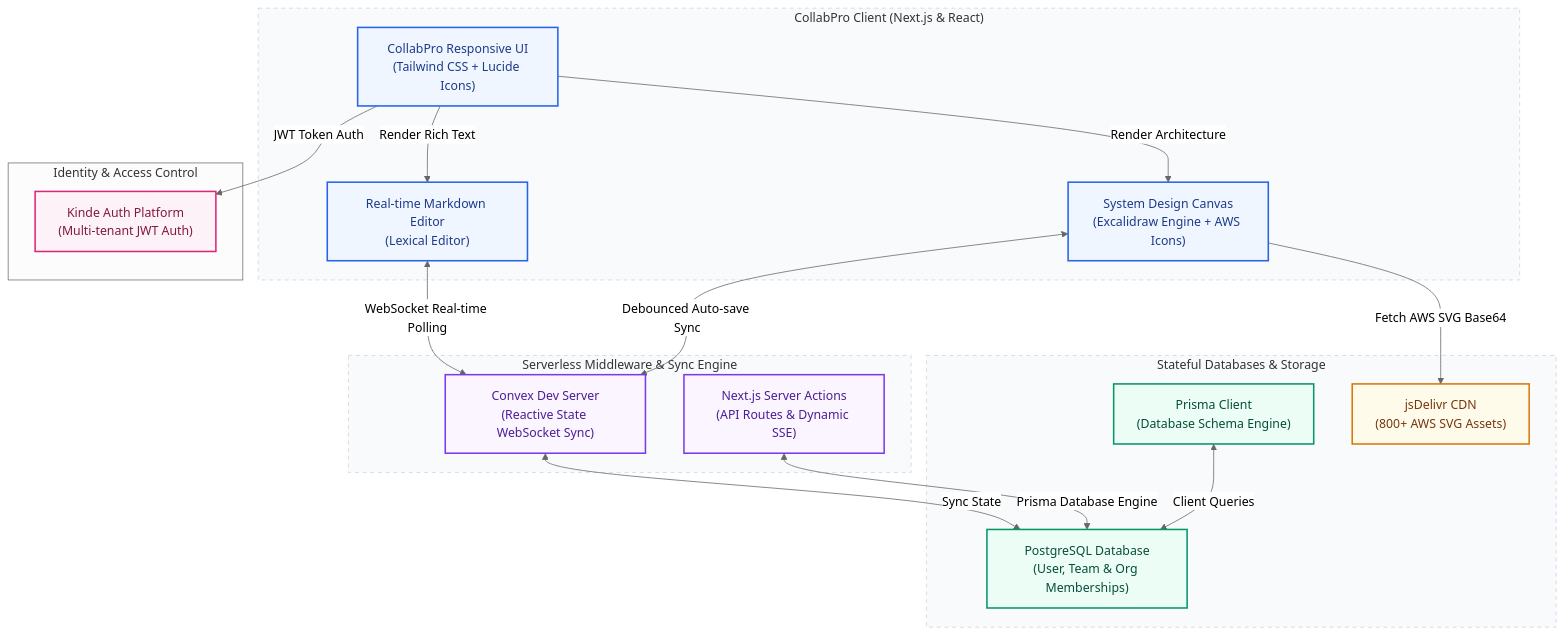
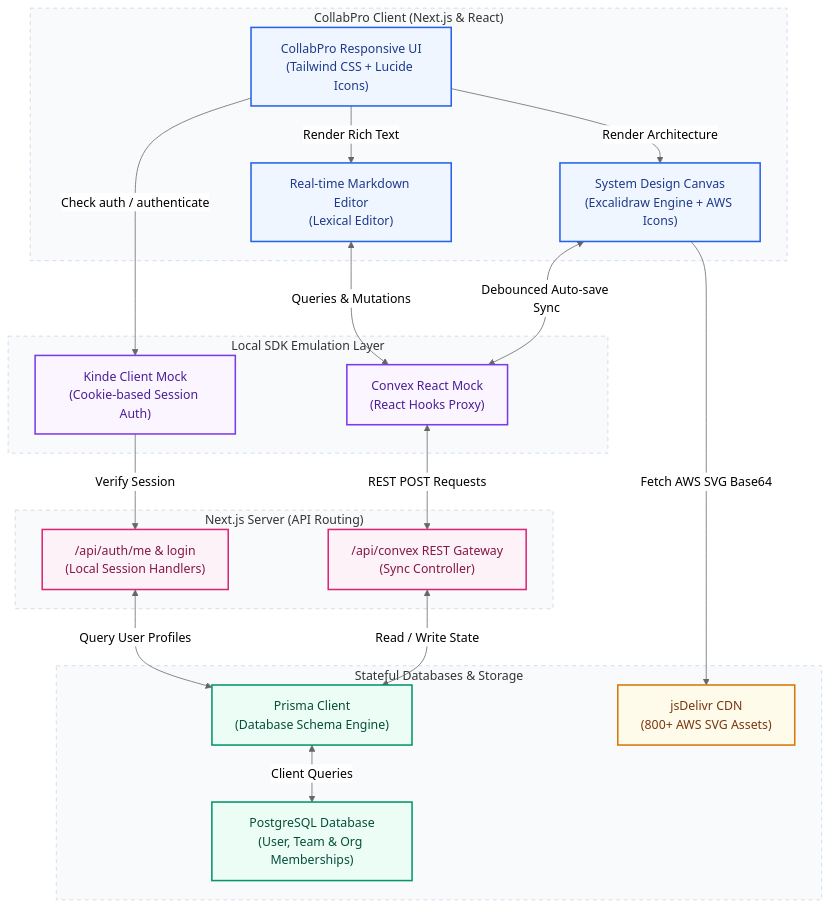
One commit to manish-9245/collabpro changed the diagram in README.md. Above: the diagram before and after it, drawn with Mermaid (neutral theme).

Commit message:
docs: update system architecture Mermaid diagram to reflect local SDK emulation

````diff
--- a/README.md
+++ b/README.md
@@ -42,48 +42,53 @@
 ```mermaid
 graph TD
     %% Define Styles & Classes
     classDef client fill:#eff6ff,stroke:#2563eb,stroke-width:2px,color:#1e3a8a;
-    classDef api fill:#faf5ff,stroke:#7c3aed,stroke-width:2px,color:#4c1d95;
-    classDef auth fill:#fdf2f8,stroke:#db2777,stroke-width:2px,color:#831843;
+    classDef mock fill:#faf5ff,stroke:#7c3aed,stroke-width:2px,color:#4c1d95;
+    classDef server fill:#fdf2f8,stroke:#db2777,stroke-width:2px,color:#831843;
     classDef db fill:#ecfdf5,stroke:#059669,stroke-width:2px,color:#064e3b;
     classDef storage fill:#fffbeb,stroke:#d97706,stroke-width:2px,color:#78350f;
 
     subgraph ClientLayer ["CollabPro Client (Next.js & React)"]
         UI["CollabPro Responsive UI<br/>(Tailwind CSS + Lucide Icons)"]:::client
         EditorComponent["Real-time Markdown Editor<br/>(Lexical Editor)"]:::client
         CanvasComponent["System Design Canvas<br/>(Excalidraw Engine + AWS Icons)"]:::client
     end
 
-    subgraph AuthLayer ["Identity & Access Control"]
-        Kinde["Kinde Auth Platform<br/>(Multi-tenant JWT Auth)"]:::auth
+    subgraph EmulationLayer ["Local SDK Emulation Layer"]
+        KindeMock["Kinde Client Mock<br/>(Cookie-based Session Auth)"]:::mock
+        ConvexMock["Convex React Mock<br/>(React Hooks Proxy)"]:::mock
     end
 
-    subgraph ServerLayer ["Serverless Middleware & Sync Engine"]
-        ConvexAPI["Convex Dev Server<br/>(Reactive State WebSocket Sync)"]:::api
-        NextAPI["Next.js Server Actions<br/>(API Routes & Dynamic SSE)"]:::api
+    subgraph ServerLayer ["Next.js Server (API Routing)"]
+        AuthMeAPI["/api/auth/me & login<br/>(Local Session Handlers)"]:::server
+        ConvexAPI["/api/convex REST Gateway<br/>(Sync Controller)"]:::server
     end
 
     subgraph DataLayer ["Stateful Databases & Storage"]
         PrismaORM["Prisma Client<br/>(Database Schema Engine)"]:::db
         NeonDB["PostgreSQL Database<br/>(User, Team & Org Memberships)"]:::db
         AWS_Icons_List["jsDelivr CDN<br/>(800+ AWS SVG Assets)"]:::storage
     end
 
     %% Flow Connections
-    UI -->|JWT Token Auth| Kinde
+    UI -->|Check auth / authenticate| KindeMock
+    KindeMock -->|Verify Session| AuthMeAPI
+    
     UI -->|Render Rich Text| EditorComponent
     UI -->|Render Architecture| CanvasComponent
     
-    EditorComponent <-->|WebSocket Real-time Polling| ConvexAPI
-    CanvasComponent <-->|Debounced Auto-save Sync| ConvexAPI
+    EditorComponent <-->|Queries & Mutations| ConvexMock
+    CanvasComponent <-->|Debounced Auto-save Sync| ConvexMock
     CanvasComponent -->|Fetch AWS SVG Base64| AWS_Icons_List
 
-    ConvexAPI <-->|Sync State| NeonDB
-    NextAPI <-->|Prisma Database Engine| NeonDB
+    ConvexMock <-->|REST POST Requests| ConvexAPI
+    ConvexAPI <-->|Read / Write State| PrismaORM
+    AuthMeAPI <-->|Query User Profiles| PrismaORM
     PrismaORM <-->|Client Queries| NeonDB
 
     %% Layout Links
     style ClientLayer fill:#f8fafc,stroke:#cbd5e1,stroke-dasharray: 5 5;
+    style EmulationLayer fill:#f8fafc,stroke:#cbd5e1,stroke-dasharray: 5 5;
     style ServerLayer fill:#f8fafc,stroke:#cbd5e1,stroke-dasharray: 5 5;
     style DataLayer fill:#f8fafc,stroke:#cbd5e1,stroke-dasharray: 5 5;
 ```
````
